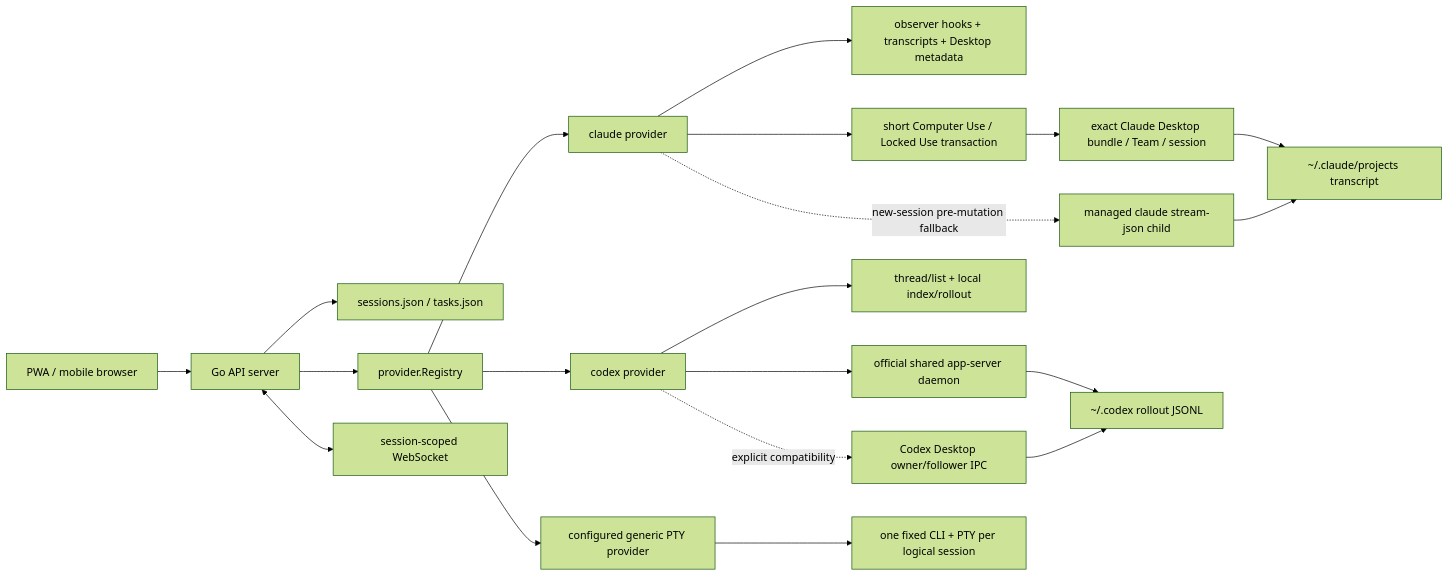
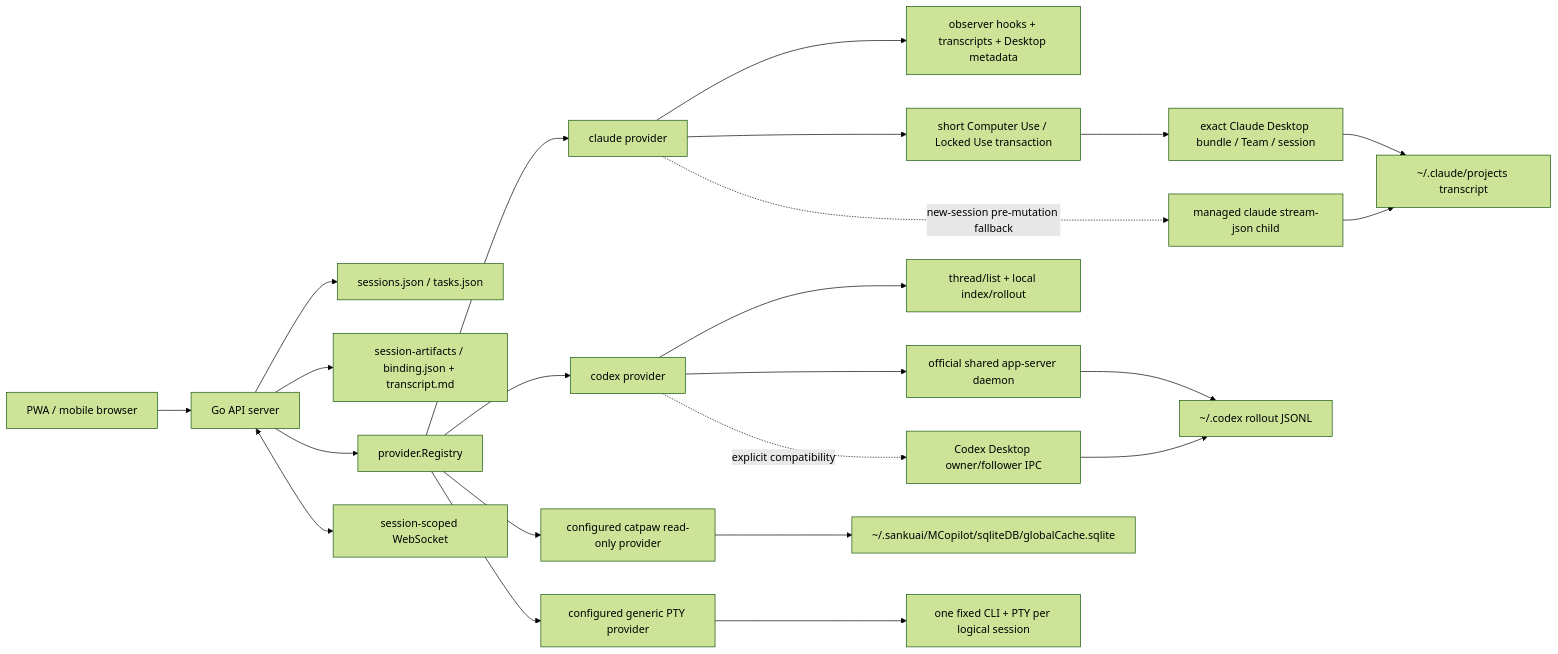
The diagram in docs/provider-architecture.md (psyche08/remote-agent), drawn with Mermaid (forest theme) before and after one commit. The commit also changed other lines of this file and 43 other files, not shown here.

````diff
--- a/docs/provider-architecture.md
+++ b/docs/provider-architecture.md
@@ -30,25 +53,29 @@
 ```mermaid
 flowchart LR
     PWA["PWA / mobile browser"] --> API["Go API server"]
     API --> Store["sessions.json / tasks.json"]
+    API --> Artifacts["session-artifacts / binding.json + transcript.md"]
     API --> Registry["provider.Registry"]
     API <--> WS["session-scoped WebSocket"]
 
     Registry --> Claude["claude provider"]
     Claude --> ClaudeDiscovery["observer hooks + transcripts + Desktop metadata"]
     Claude --> ClaudeDesktop["short Computer Use / Locked Use transaction"]
     ClaudeDesktop --> ClaudeApp["exact Claude Desktop bundle / Team / session"]
     Claude -. "new-session pre-mutation fallback" .-> ClaudeCLI["managed claude stream-json child"]
     ClaudeApp --> ClaudeTranscript["~/.claude/projects transcript"]
     ClaudeCLI --> ClaudeTranscript
 
     Registry --> Codex["codex provider"]
     Codex --> CodexDiscovery["thread/list + local index/rollout"]
     Codex --> AppServer["official shared app-server daemon"]
     Codex -. explicit compatibility .-> DesktopIPC["Codex Desktop owner/follower IPC"]
     AppServer --> Rollout["~/.codex rollout JSONL"]
     DesktopIPC --> Rollout
 
+    Registry --> CatPaw["configured catpaw read-only provider"]
+    CatPaw --> CatPawDB["~/.sankuai/MCopilot/sqliteDB/globalCache.sqlite"]
+
     Registry --> GenericPTY["configured generic PTY provider"]
     GenericPTY --> PTYChild["one fixed CLI + PTY per logical session"]
 ```
````
